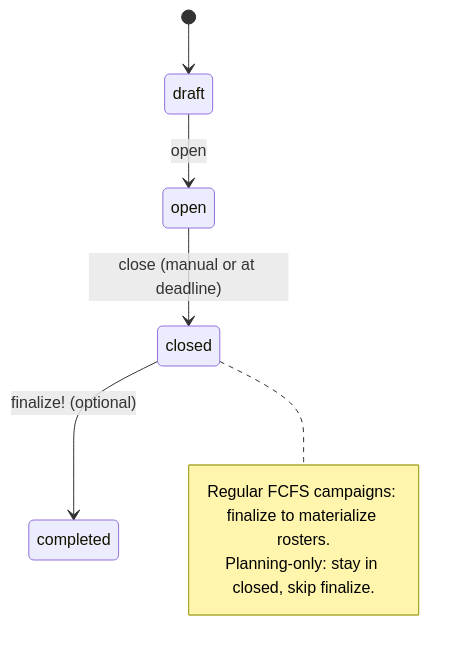
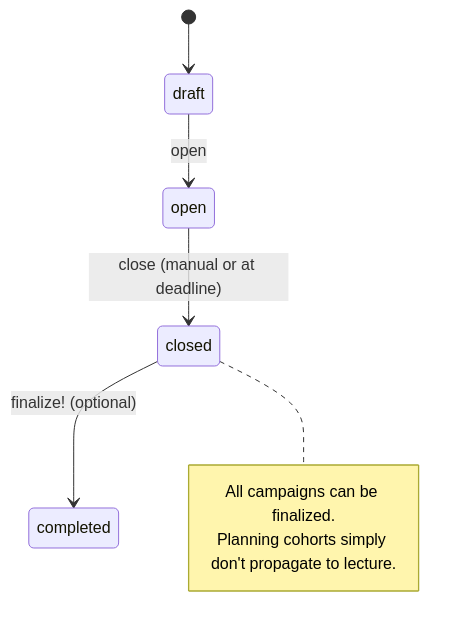
The first of 6 diagrams in architecture/src/features/02-registration.md (MaMpf-HD/mampf), drawn with Mermaid before and after one commit. The commit also changed other lines of this file and 6 other files, not shown here.

````diff
--- a/architecture/src/features/02-registration.md
+++ b/architecture/src/features/02-registration.md
@@ -1294,12 +1333,12 @@
 ```mermaid
 stateDiagram-v2
     [*] --> draft
     draft --> open: open
     open --> closed: close (manual or at deadline)
     closed --> completed: finalize! (optional)
 
     note right of closed
-        Regular FCFS campaigns: finalize to materialize rosters.
-        Planning-only: stay in closed, skip finalize.
+        All campaigns can be finalized.
+        Planning cohorts simply don't propagate to lecture.
     end note
 ```
````
